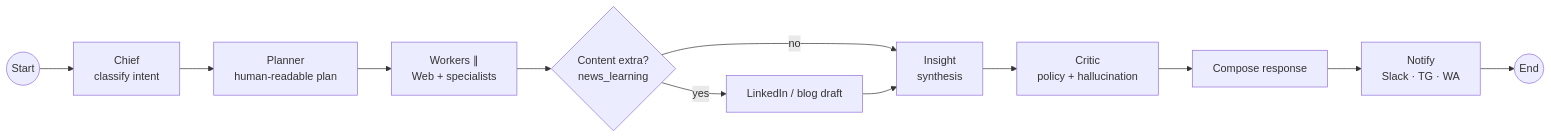
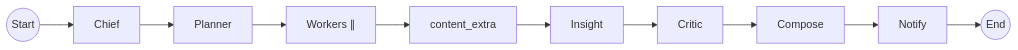
Before and after one commit to vpeetla-ai/venkat-ai-platform: the second of 2 diagrams in README.md, drawn with Mermaid. The commit also changed other lines of this file and 3 other files, not shown here.

````diff
--- a/README.md
+++ b/README.md
@@ -97,14 +121,12 @@
 ```mermaid
 flowchart LR
-    START((Start)) --> CHIEF["Chief<br/>classify intent"]
-    CHIEF --> PLAN["Planner<br/>human-readable plan"]
-    PLAN --> WORKERS["Workers ∥<br/>Web + specialists"]
-    WORKERS --> CONTENT{"Content extra?<br/>news_learning"}
-    CONTENT -->|"yes"| DRAFT["LinkedIn / blog draft"]
-    CONTENT -->|"no"| INSIGHT
-    DRAFT --> INSIGHT["Insight<br/>synthesis"]
-    INSIGHT --> CRITIC["Critic<br/>policy + hallucination"]
-    CRITIC --> COMPOSE["Compose response"]
-    COMPOSE --> NOTIFY["Notify<br/>Slack · TG · WA"]
+    START((Start)) --> CHIEF["Chief"]
+    CHIEF --> PLAN["Planner"]
+    PLAN --> WORKERS["Workers ∥"]
+    WORKERS --> CONTENT["content_extra"]
+    CONTENT --> INSIGHT["Insight"]
+    INSIGHT --> CRITIC["Critic"]
+    CRITIC --> COMPOSE["Compose"]
+    COMPOSE --> NOTIFY["Notify"]
     NOTIFY --> END((End))
 ```
````
